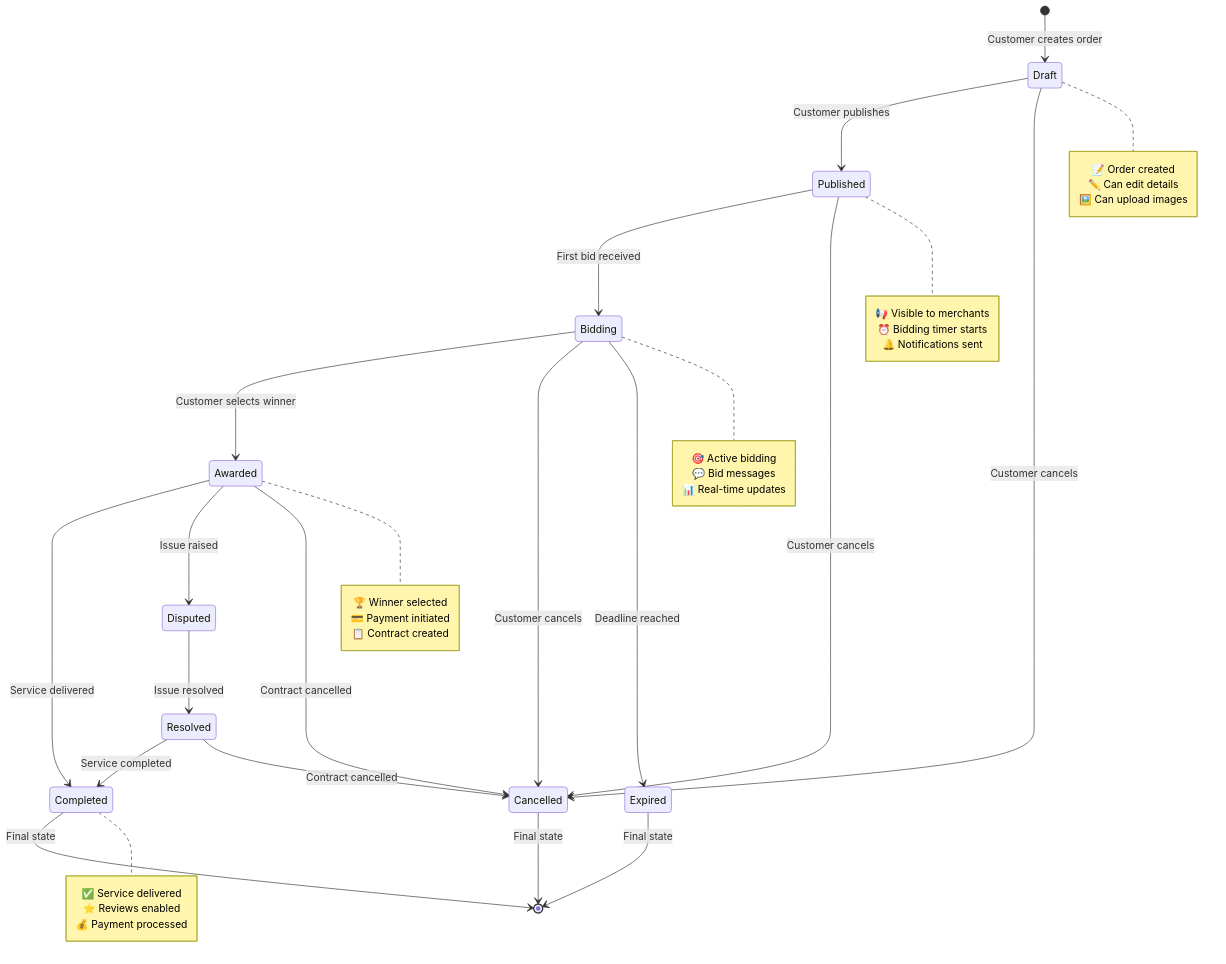
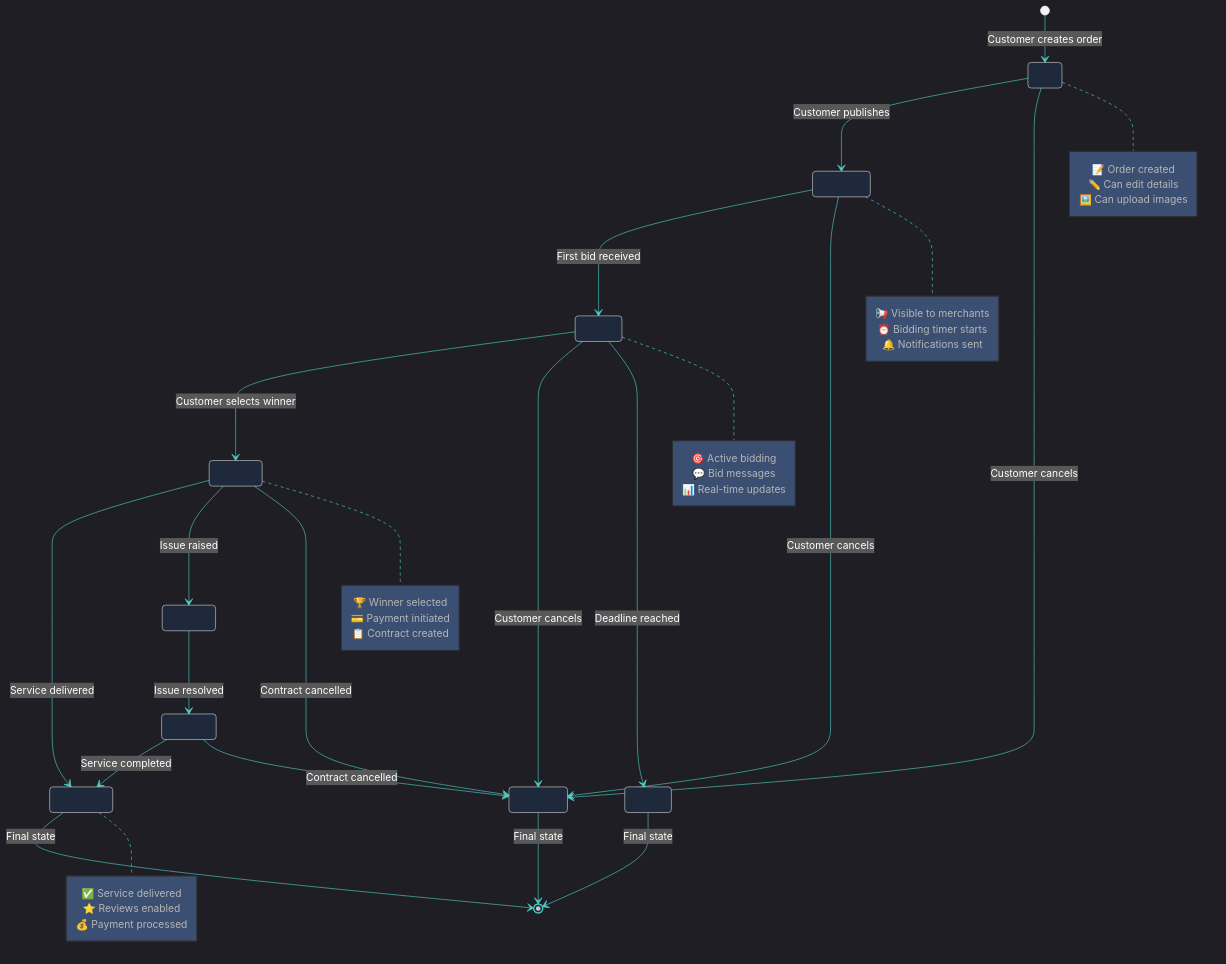
One commit to abdoElHodaky/larvrevrstender changed the fourth of 7 diagrams in diagrams/service-architecture.md. Above: the diagram before and after it, drawn with Mermaid. The commit also changed other lines of this file, not shown here.

First line of the commit message:
🎯 FINAL STEP: Complete service architecture diagrams with distinguished styling

````diff
--- a/diagrams/service-architecture.md
+++ b/diagrams/service-architecture.md
@@ -260,55 +324,76 @@
 ```mermaid
+%%{init: {
+  'theme': 'dark',
+  'themeVariables': {
+    'primaryColor': '#FF6B6B',
+    'primaryTextColor': '#FFFFFF',
+    'primaryBorderColor': '#FF8E8E',
+    'lineColor': '#4ECDC4',
+    'secondaryColor': '#45B7D1',
+    'tertiaryColor': '#96CEB4',
+    'background': '#0F172A',
+    'mainBkg': '#1E293B',
+    'secondBkg': '#334155',
+    'tertiaryBkg': '#475569',
+    'stateBkg': '#1E293B',
+    'stateBorder': '#4ECDC4',
+    'stateTextColor': '#FFFFFF',
+    'transitionColor': '#4ECDC4',
+    'transitionLabelColor': '#FFFFFF'
+  }
+}}%%
+
 stateDiagram-v2
     [*] --> Draft: Customer creates order
     
     Draft --> Published: Customer publishes
     Draft --> Cancelled: Customer cancels
     
     Published --> Bidding: First bid received
     Published --> Cancelled: Customer cancels
     
     Bidding --> Awarded: Customer selects winner
     Bidding --> Cancelled: Customer cancels
     Bidding --> Expired: Deadline reached
     
     Awarded --> Completed: Service delivered
     Awarded --> Disputed: Issue raised
     Awarded --> Cancelled: Contract cancelled
     
     Completed --> [*]: Final state
     Cancelled --> [*]: Final state
     Expired --> [*]: Final state
     Disputed --> Resolved: Issue resolved
     Resolved --> Completed: Service completed
     Resolved --> Cancelled: Contract cancelled
     
     note right of Draft
         📝 Order created
         ✏️ Can edit details
         🖼️ Can upload images
     end note
     
     note right of Published
         📢 Visible to merchants
         ⏰ Bidding timer starts
         🔔 Notifications sent
     end note
     
     note right of Bidding
         🎯 Active bidding
         💬 Bid messages
         📊 Real-time updates
     end note
     
     note right of Awarded
         🏆 Winner selected
         💳 Payment initiated
         📋 Contract created
     end note
     
     note right of Completed
         ✅ Service delivered
         ⭐ Reviews enabled
         💰 Payment processed
     end note
 ```
````
